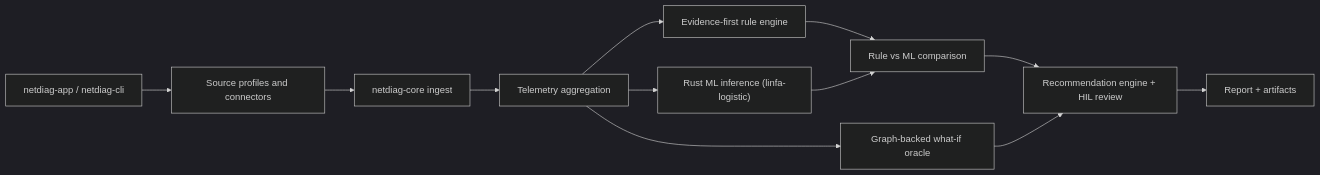
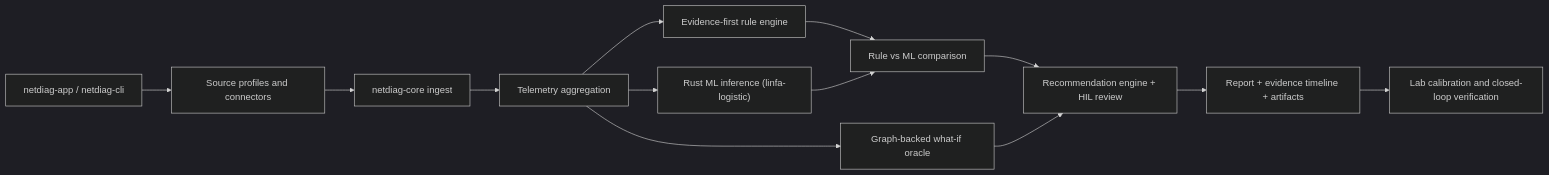
The diagram in docs/architecture.md (billlza/netdiag-twin), drawn with Mermaid (dark theme) before and after one commit. The commit also changed other lines of this file and 34 other files, not shown here.

````diff
--- a/docs/architecture.md
+++ b/docs/architecture.md
@@ -3,14 +3,15 @@
 ```mermaid
 flowchart LR
     A["netdiag-app / netdiag-cli"] --> B["Source profiles and connectors"]
     B --> C["netdiag-core ingest"]
     C --> D["Telemetry aggregation"]
     D --> E["Evidence-first rule engine"]
     D --> F["Rust ML inference (linfa-logistic)"]
     E --> G["Rule vs ML comparison"]
     F --> G
     D --> H["Graph-backed what-if oracle"]
     G --> I["Recommendation engine + HIL review"]
     H --> I
-    I --> J["Report + artifacts"]
+    I --> J["Report + evidence timeline + artifacts"]
+    J --> K["Lab calibration and closed-loop verification"]
 ```
````
